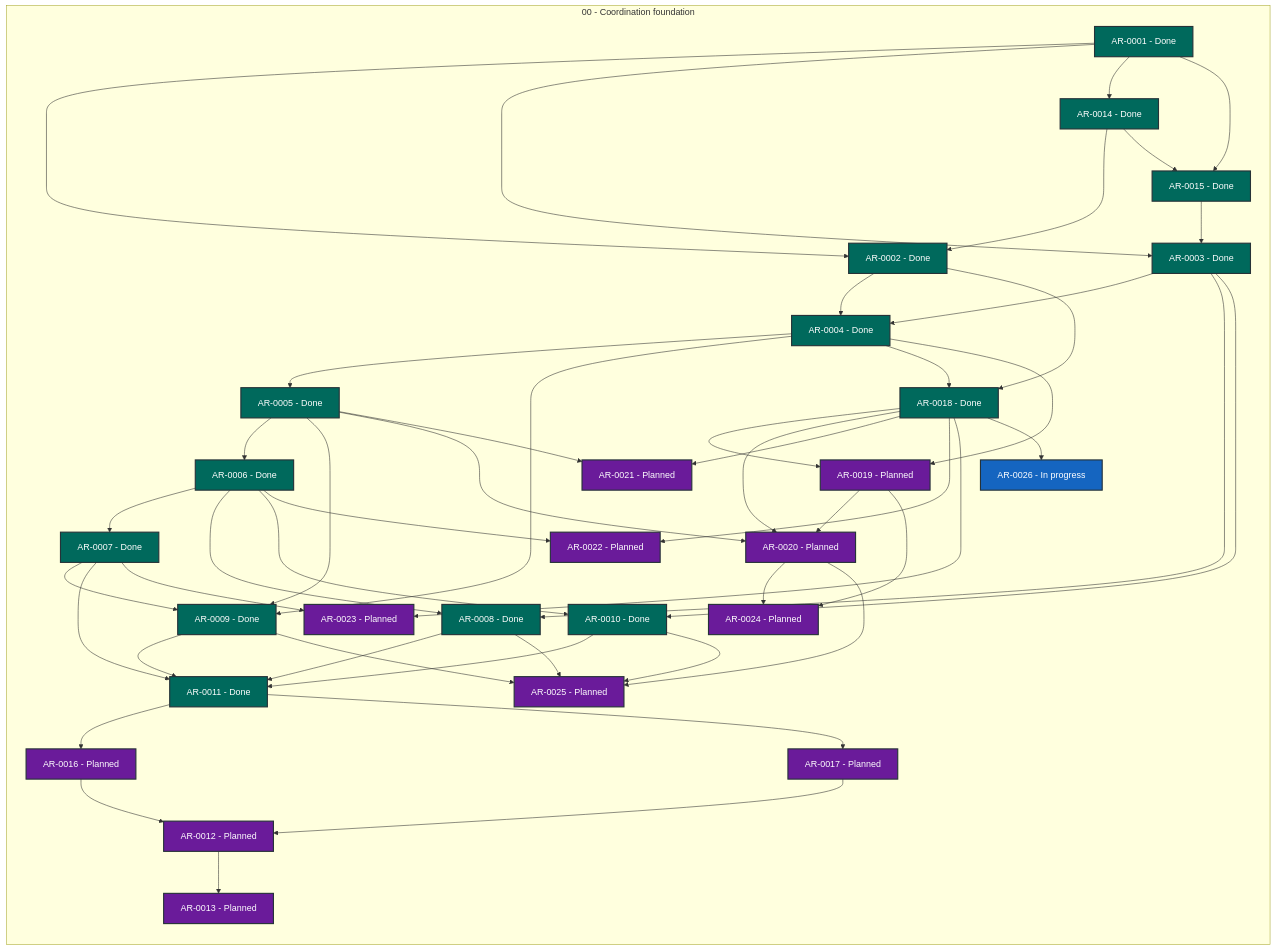
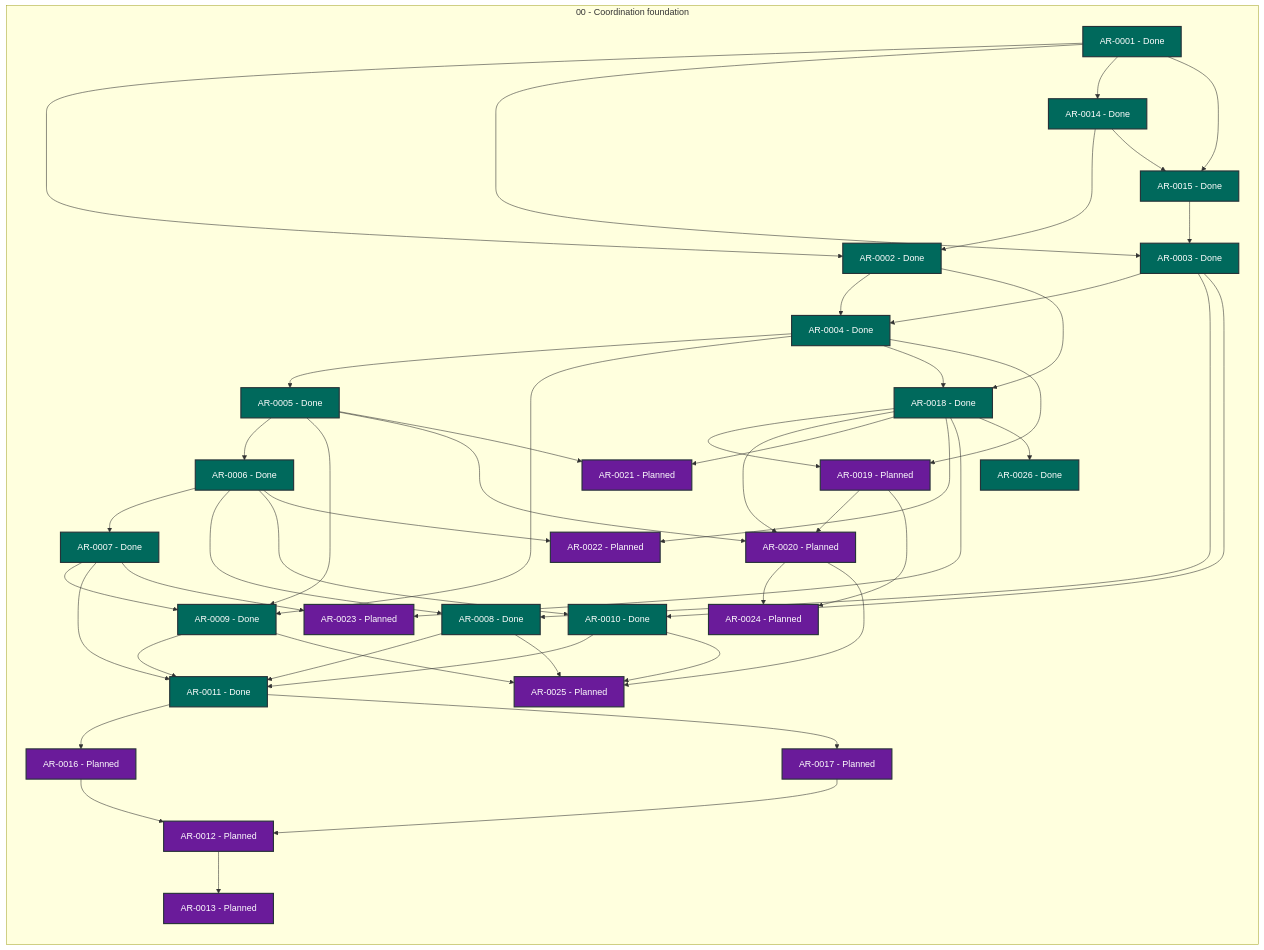
One commit to martin-beck/agent-workflow-tui-state changed the diagram in STATUS.md. Above: the diagram before and after it, drawn with Mermaid. The commit also changed other lines of this file and 2 other files, not shown here.

```diff
--- a/STATUS.md
+++ b/STATUS.md
@@ -53,7 +53,7 @@
         AR_0023["AR-0023 - Planned"]:::status_planned
         AR_0024["AR-0024 - Planned"]:::status_planned
         AR_0025["AR-0025 - Planned"]:::status_planned
-        AR_0026["AR-0026 - In progress"]:::status_in_progress
+        AR_0026["AR-0026 - Done"]:::status_done
     end
     AR_0001 --> AR_0002
     AR_0001 --> AR_0003
```
